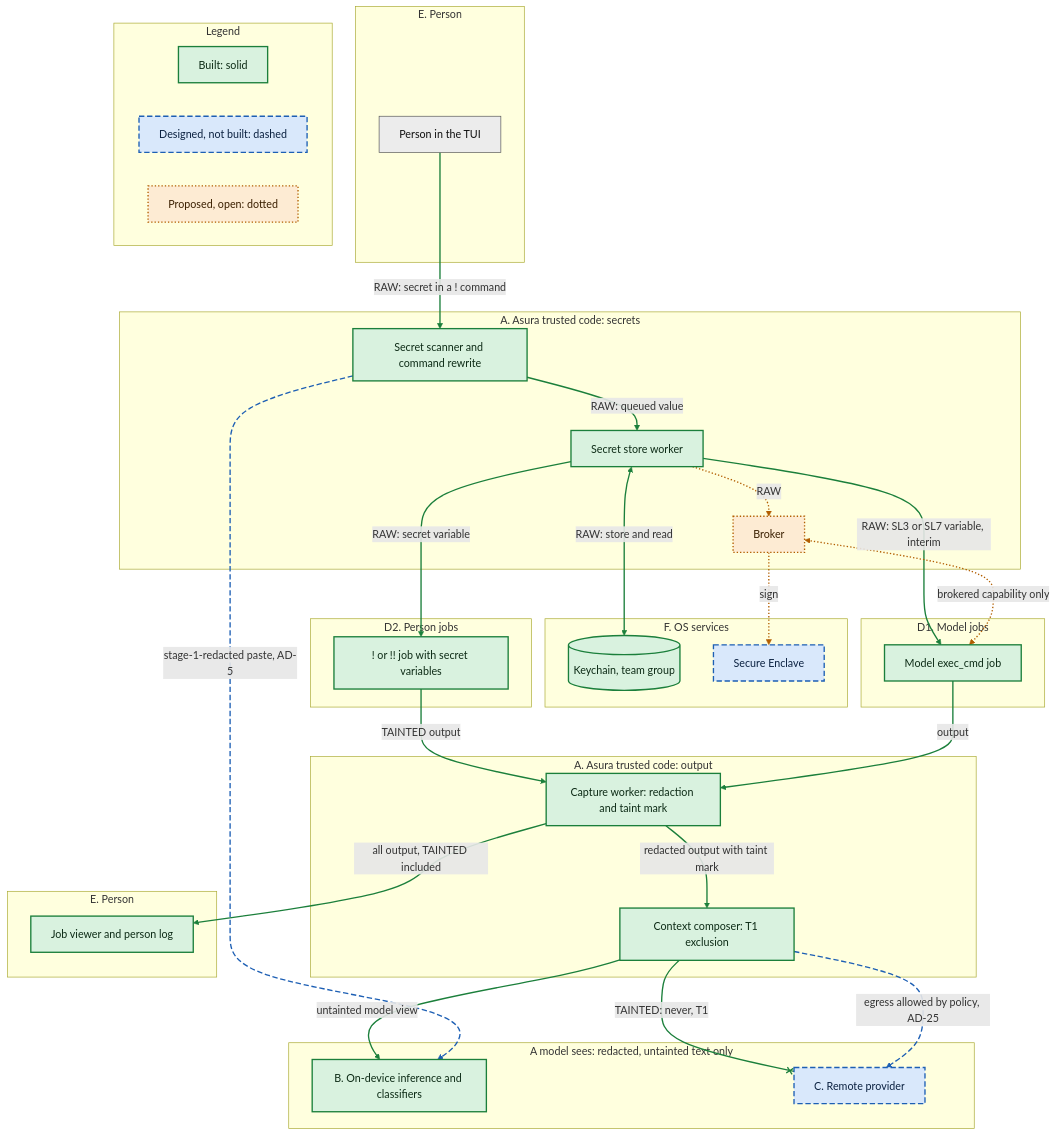
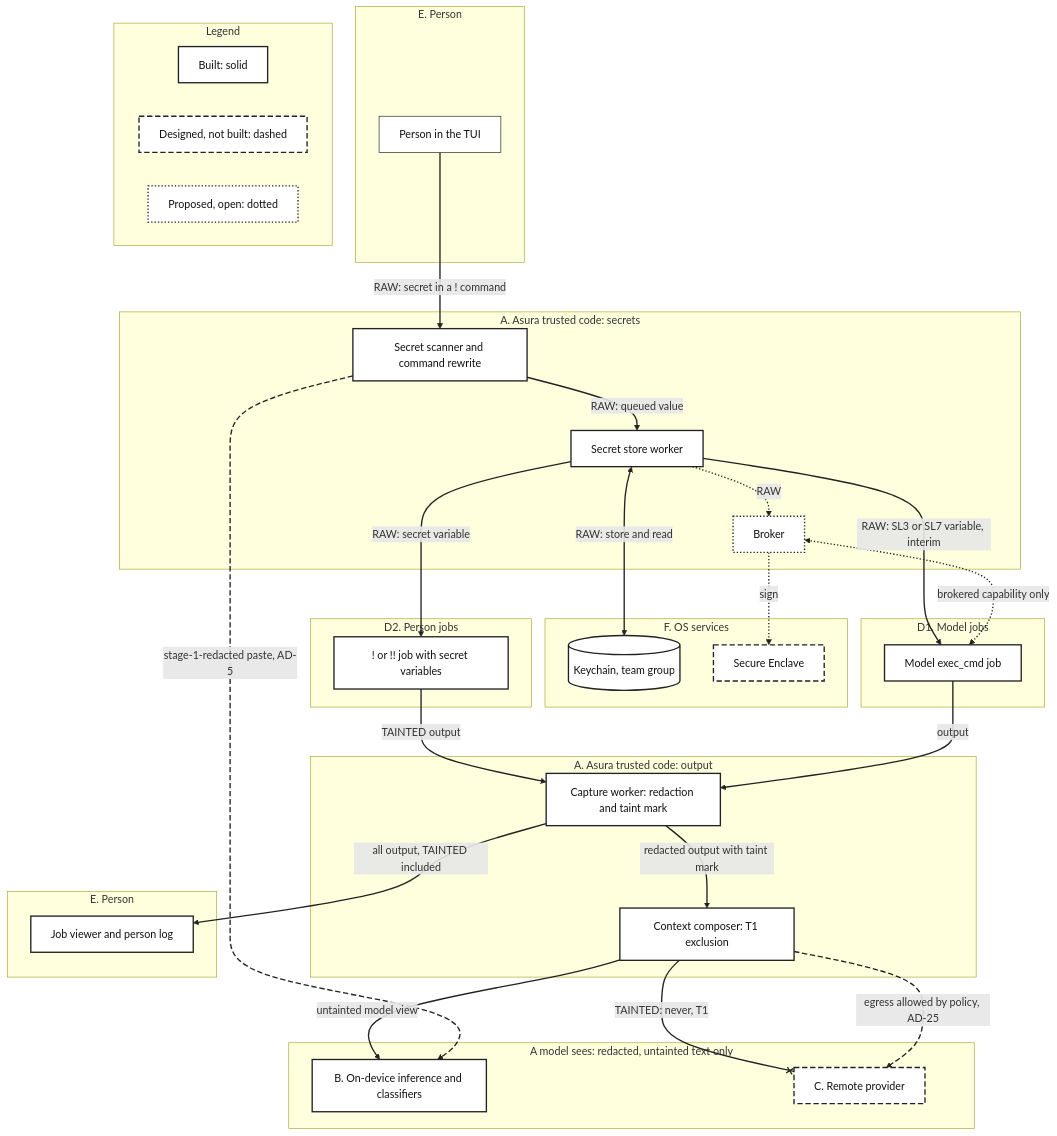
Before and after one commit to pidster/asura: the third of 7 diagrams in docs/designs/architecture-overview.md, drawn with Mermaid. The commit also changed other lines of this file, not shown here.

First line of the commit message:
Draw the overview diagrams in line styles only, without colour

````diff
--- a/docs/designs/architecture-overview.md
+++ b/docs/designs/architecture-overview.md
@@ -240,61 +239,61 @@
 ```mermaid
 flowchart TB
     subgraph E1["E. Person"]
         P["Person in the TUI"]:::outside
     end
     subgraph A1["A. Asura trusted code: secrets"]
         Scan["Secret scanner and command rewrite"]:::built
         SS["Secret store worker"]:::built
         Brk["Broker"]:::proposed
     end
     subgraph F["F. OS services"]
         KC[("Keychain, team group")]:::built
         SEn["Secure Enclave"]:::designed
     end
     subgraph D2["D2. Person jobs"]
         PJ["! or !! job with secret variables"]:::built
     end
     subgraph D1["D1. Model jobs"]
         MJ["Model exec_cmd job"]:::built
     end
     subgraph A2["A. Asura trusted code: output"]
         Cap["Capture worker: redaction and taint mark"]:::built
         CC["Context composer: T1 exclusion"]:::built
     end
     subgraph E2["E. Person"]
         V["Job viewer and person log"]:::built
     end
     subgraph Sees["A model sees: redacted, untainted text only"]
         LM["B. On-device inference and classifiers"]:::built
         RM["C. Remote provider"]:::designed
     end
     P -->|"RAW: secret in a ! command"| Scan
     Scan -->|"RAW: queued value"| SS
     SS <-->|"RAW: store and read"| KC
     SS -->|"RAW: secret variable"| PJ
     SS -->|"RAW: SL3 or SL7 variable, interim"| MJ
     PJ -->|"TAINTED output"| Cap
     MJ -->|"output"| Cap
     Cap -->|"all output, TAINTED included"| V
     Cap -->|"redacted output with taint mark"| CC
     CC -->|"untainted model view"| LM
     CC --x|"TAINTED: never, T1"| RM
     Scan -->|"stage-1-redacted paste, AD-5"| LM
     CC -->|"egress allowed by policy, AD-25"| RM
     Brk -->|"sign"| SEn
     SS -->|"RAW"| Brk
     Brk <-->|"brokered capability only"| MJ
     subgraph Legend["Legend"]
         direction LR
         LB["Built: solid"]:::built
         LD["Designed, not built: dashed"]:::designed
         LP["Proposed, open: dotted"]:::proposed
     end
-    classDef built fill:#d9f2df,stroke:#1b7f3b,stroke-width:2px,color:#0d2b16
-    classDef designed fill:#d9e8fb,stroke:#1d5fb4,stroke-width:2px,stroke-dasharray:8 4,color:#0b2140
-    classDef proposed fill:#fdebd3,stroke:#b25e00,stroke-width:2px,stroke-dasharray:2 3,color:#3a1f00
-    classDef outside fill:#ececec,stroke:#555555,stroke-width:1px,color:#111111
-    linkStyle 0,1,2,3,4,5,6,7,8,9,10 stroke:#1b7f3b,stroke-width:2px
-    linkStyle 11,12 stroke:#1d5fb4,stroke-width:2px,stroke-dasharray:8 4
-    linkStyle 13,14,15 stroke:#b25e00,stroke-width:2px,stroke-dasharray:2 3
+    classDef built fill:#ffffff,stroke:#222222,stroke-width:2px,color:#111111
+    classDef designed fill:#ffffff,stroke:#222222,stroke-width:2px,stroke-dasharray:8 4,color:#111111
+    classDef proposed fill:#ffffff,stroke:#222222,stroke-width:2px,stroke-dasharray:2 3,color:#111111
+    classDef outside fill:#ffffff,stroke:#222222,stroke-width:1px,color:#111111
+    linkStyle 0,1,2,3,4,5,6,7,8,9,10 stroke:#222222,stroke-width:2px
+    linkStyle 11,12 stroke:#222222,stroke-width:2px,stroke-dasharray:8 4
+    linkStyle 13,14,15 stroke:#222222,stroke-width:2px,stroke-dasharray:2 3
 ```
````
